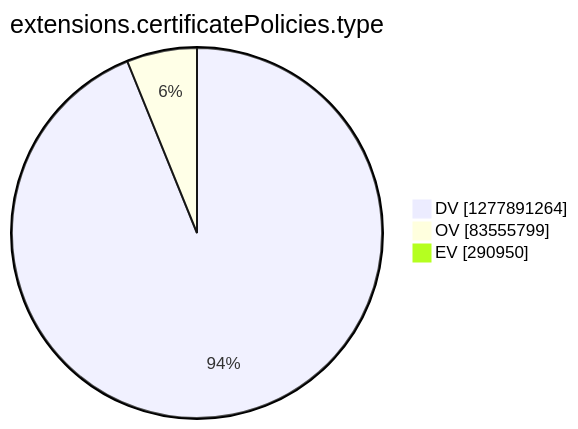
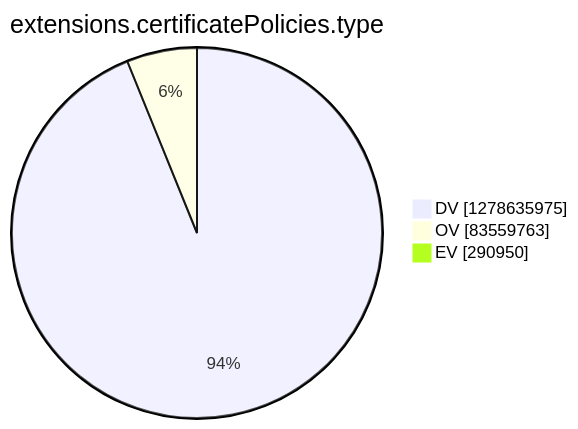
One commit to christiankrug/ctmonitor_visualization changed the tenth of 15 diagrams in argon2022/README.md. Above: the diagram before and after it, drawn with Mermaid. The commit also changed other lines of this file, not shown here.

````diff
--- a/argon2022/README.md
+++ b/argon2022/README.md
@@ -2771,7 +2771,7 @@
 ```mermaid
 pie showData
 title extensions.certificatePolicies.type
-"DV" :1277891264
-"OV" :83555799
+"DV" :1278635975
+"OV" :83559763
 "EV" :290950
 ```
````
